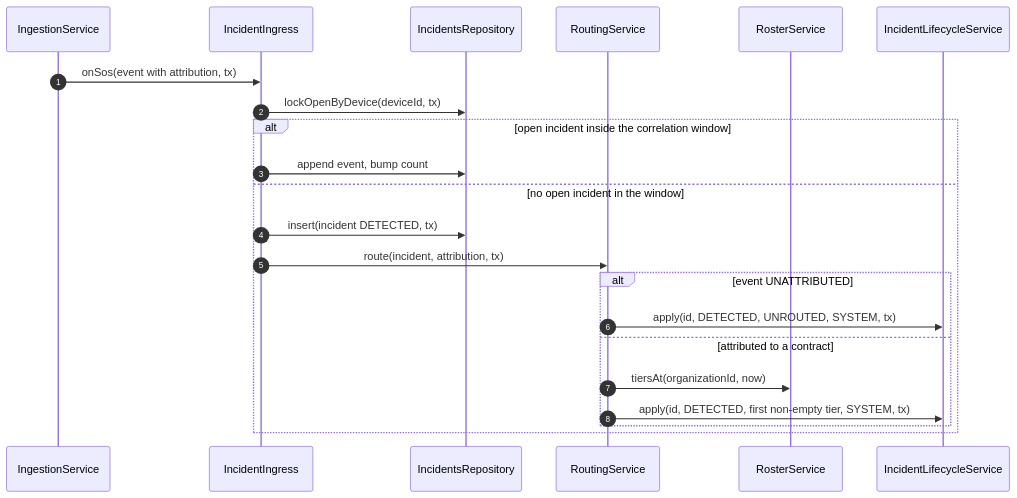
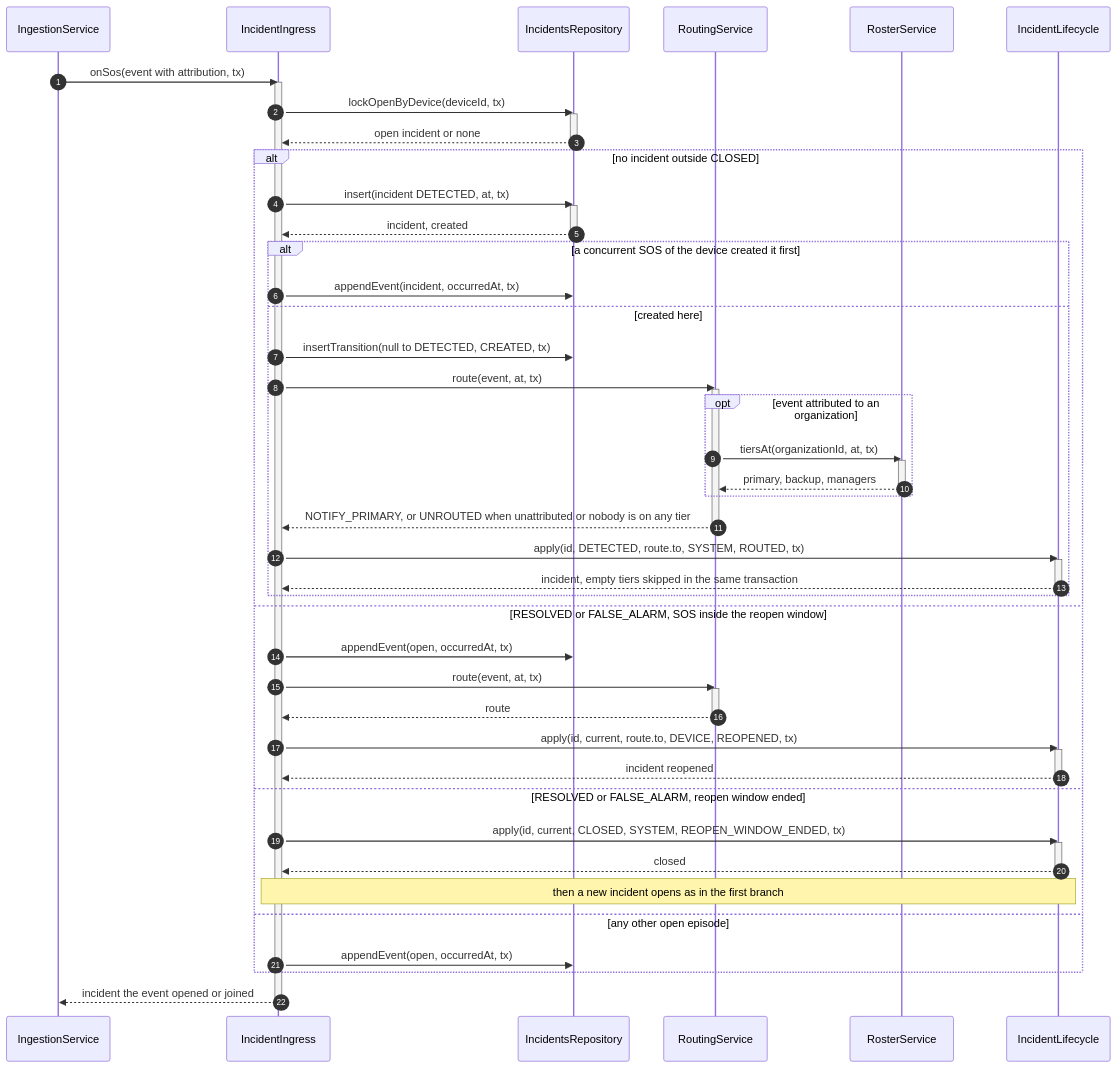
The fifth of 10 diagrams in specs/incidents/design.md (TrekLink-Team/treklink-web), drawn with Mermaid before and after one commit. The commit also changed other lines of this file, not shown here.

````diff
--- a/specs/incidents/design.md
+++ b/specs/incidents/design.md
@@ -312,24 +379,61 @@
 ```mermaid
 sequenceDiagram
     autonumber
     participant G as IngestionService
     participant In as IncidentIngress
     participant R as IncidentsRepository
     participant Ro as RoutingService
     participant Os as RosterService
-    participant L as IncidentLifecycleService
+    participant L as IncidentLifecycle
     G->>In: onSos(event with attribution, tx)
+    activate In
     In->>R: lockOpenByDevice(deviceId, tx)
-    alt open incident inside the correlation window
-        In->>R: append event, bump count
-    else no open incident in the window
-        In->>R: insert(incident DETECTED, tx)
-        In->>Ro: route(incident, attribution, tx)
-        alt event UNATTRIBUTED
-            Ro->>L: apply(id, DETECTED, UNROUTED, SYSTEM, tx)
-        else attributed to a contract
-            Ro->>Os: tiersAt(organizationId, now)
-            Ro->>L: apply(id, DETECTED, first non-empty tier, SYSTEM, tx)
+    activate R
+    R-->>In: open incident or none
+    deactivate R
+    alt no incident outside CLOSED
+        In->>R: insert(incident DETECTED, at, tx)
+        activate R
+        R-->>In: incident, created
+        deactivate R
+        alt a concurrent SOS of the device created it first
+            In->>R: appendEvent(incident, occurredAt, tx)
+        else created here
+            In->>R: insertTransition(null to DETECTED, CREATED, tx)
+            In->>Ro: route(event, at, tx)
+            activate Ro
+            opt event attributed to an organization
+                Ro->>Os: tiersAt(organizationId, at, tx)
+                activate Os
+                Os-->>Ro: primary, backup, managers
+                deactivate Os
+            end
+            Ro-->>In: NOTIFY_PRIMARY, or UNROUTED when unattributed or nobody is on any tier
+            deactivate Ro
+            In->>L: apply(id, DETECTED, route.to, SYSTEM, ROUTED, tx)
+            activate L
+            L-->>In: incident, empty tiers skipped in the same transaction
+            deactivate L
         end
+    else RESOLVED or FALSE_ALARM, SOS inside the reopen window
+        In->>R: appendEvent(open, occurredAt, tx)
+        In->>Ro: route(event, at, tx)
+        activate Ro
+        Ro-->>In: route
+        deactivate Ro
+        In->>L: apply(id, current, route.to, DEVICE, REOPENED, tx)
+        activate L
+        L-->>In: incident reopened
+        deactivate L
+    else RESOLVED or FALSE_ALARM, reopen window ended
+        In->>L: apply(id, current, CLOSED, SYSTEM, REOPEN_WINDOW_ENDED, tx)
+        activate L
+        L-->>In: closed
+        deactivate L
+        Note over In,L: then a new incident opens as in the first branch
+    else any other open episode
+        In->>R: appendEvent(open, occurredAt, tx)
     end
+    In-->>G: incident the event opened or joined
+    deactivate In
 ```
````
